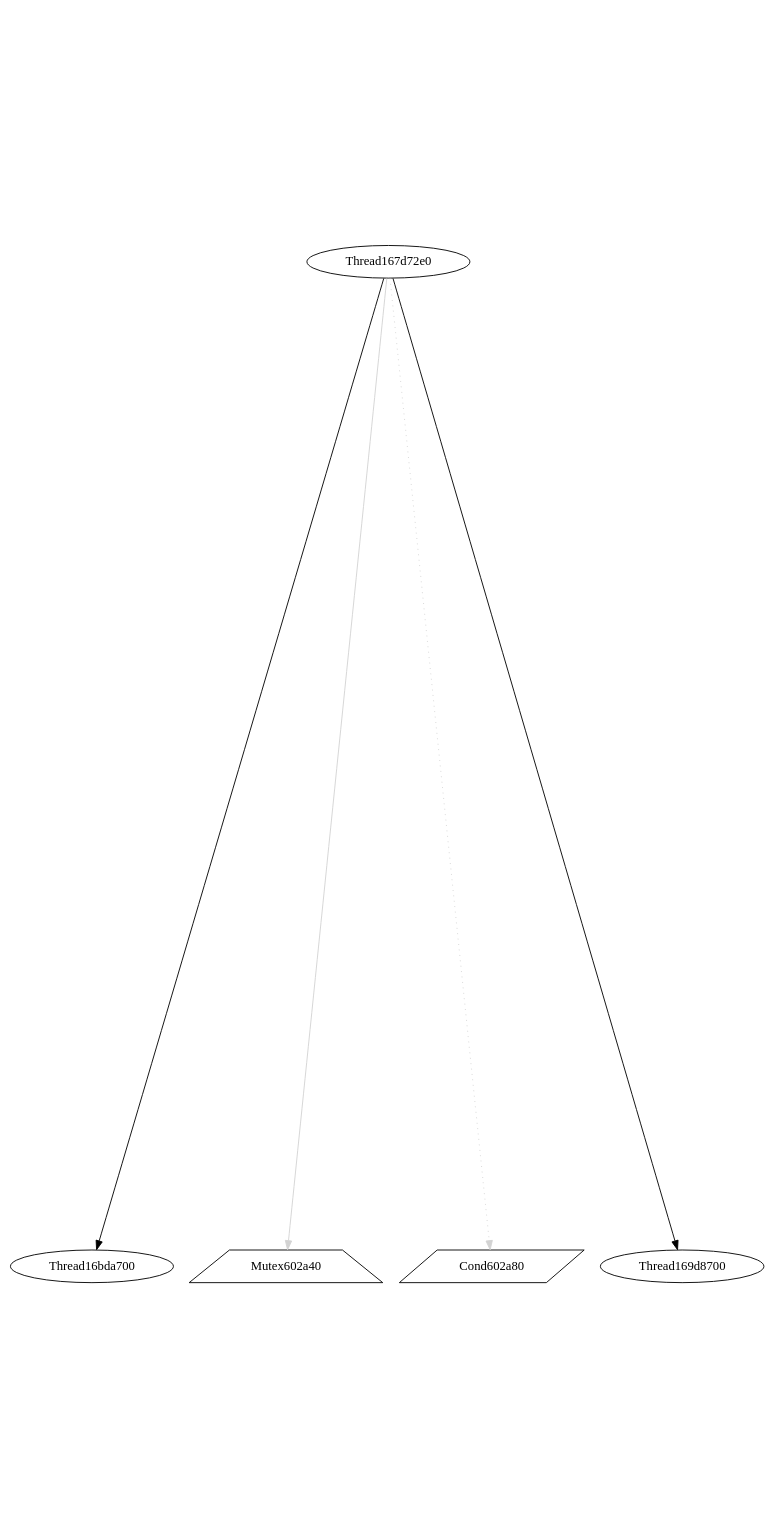
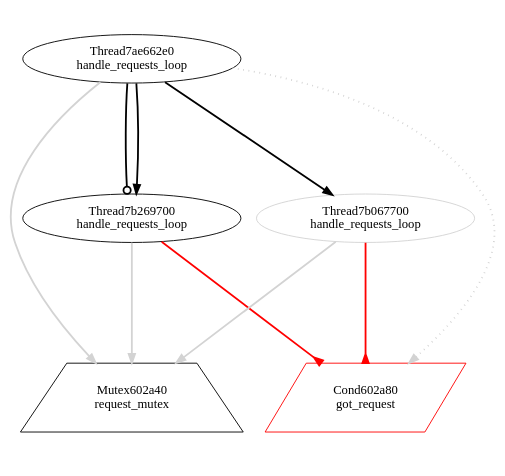
The diagram in view/dot/graph044.dot (v4o6/cs410), drawn with Graphviz before and after one commit. The commit also changed 289 other files, not shown here.

```diff
--- a/view/dot/graph044.dot
+++ b/view/dot/graph044.dot
@@ -1,12 +1,17 @@
 digraph G {
-graph[center=true, ratio=2];
-Thread16bda700 [color=black];
-Mutex602a40 [shape=trapezium,color=black];
-Cond602a80 [shape=parallelogram,color=black];
-Thread169d8700 [color=black];
-Thread167d72e0 [color=black];
-Thread167d72e0 -> Thread16bda700 [arrowhead=normal];
-Thread167d72e0 -> Mutex602a40 [arrowhead=normal,color=lightgray];
-Thread167d72e0 -> Cond602a80 [style=dotted,color=lightgray];
-Thread167d72e0 -> Thread169d8700 [arrowhead=normal];
+graph[center=true, ratio=1];
+Mutex602a40 [shape=trapezium,color=black,label="Mutex602a40\nrequest_mutex"];
+Cond602a80 [shape=parallelogram,color=red,label="Cond602a80\ngot_request"];
+Thread7ae662e0 [color=black,label="Thread7ae662e0\nhandle_requests_loop"];
+Thread7ae662e0 -> Thread7b269700 [arrowhead=odot,penwidth=2];
+Thread7ae662e0 -> Mutex602a40 [arrowhead=normal,color=lightgray,penwidth=2];
+Thread7ae662e0 -> Cond602a80 [style=dotted,color=lightgray,penwidth=2];
+Thread7ae662e0 -> Thread7b269700 [arrowhead=normal,penwidth=2];
+Thread7ae662e0 -> Thread7b067700 [arrowhead=normal,penwidth=2];
+Thread7b269700 [color=black,label="Thread7b269700\nhandle_requests_loop"];
+Thread7b269700 -> Mutex602a40 [arrowhead=normal,color=lightgray,penwidth=2];
+Thread7b269700 -> Cond602a80 [arrowhead=inv,color=red,penwidth=2];
+Thread7b067700 [color=lightgray,label="Thread7b067700\nhandle_requests_loop"];
+Thread7b067700 -> Mutex602a40 [arrowhead=normal,color=lightgray,penwidth=2];
+Thread7b067700 -> Cond602a80 [arrowhead=inv,color=red,penwidth=2];
 }
```
